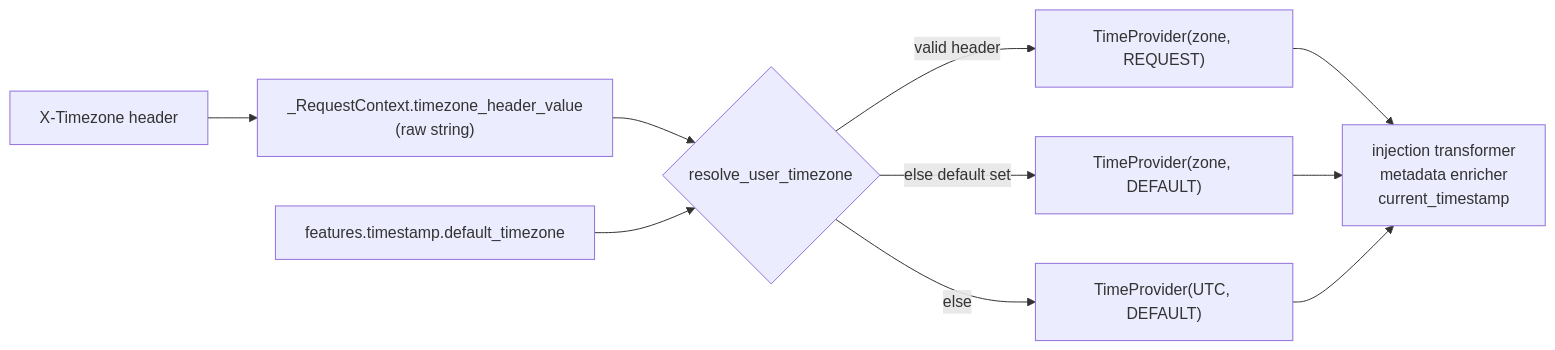
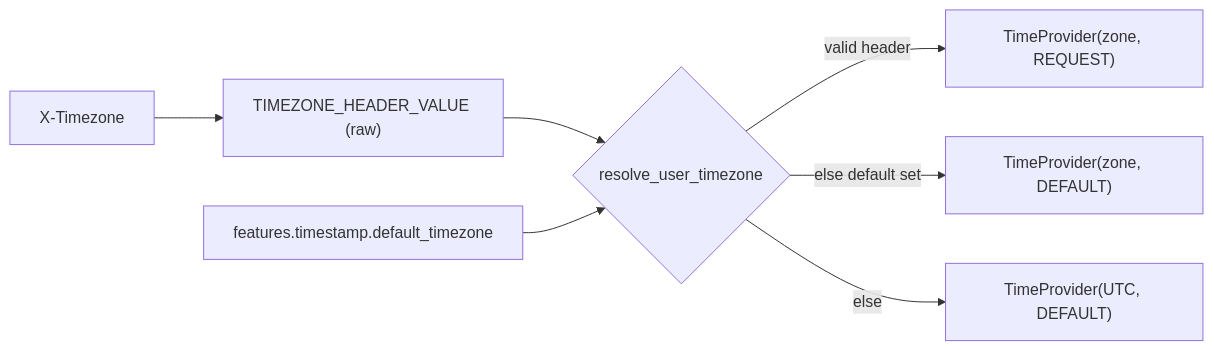
Before and after one commit to epam/ai-dial-quickapps-backend: the diagram in docs/designs/user_timezone.md, drawn with Mermaid. The commit also changed other lines of this file, not shown here.

````diff
--- a/docs/designs/user_timezone.md
+++ b/docs/designs/user_timezone.md
@@ -92,10 +49,9 @@
 ```mermaid
 flowchart LR
-    H["X-Timezone header"] --> C["_RequestContext.timezone_header_value<br/>(raw string)"]
+    H["X-Timezone"] --> C["TIMEZONE_HEADER_VALUE (raw)"]
     C --> R{"resolve_user_timezone"}
     A["features.timestamp.default_timezone"] --> R
     R -->|"valid header"| P1["TimeProvider(zone, REQUEST)"]
     R -->|"else default set"| P2["TimeProvider(zone, DEFAULT)"]
     R -->|"else"| P3["TimeProvider(UTC, DEFAULT)"]
-    P1 & P2 & P3 --> T["injection transformer<br/>metadata enricher<br/>current_timestamp"]
 ```
````
